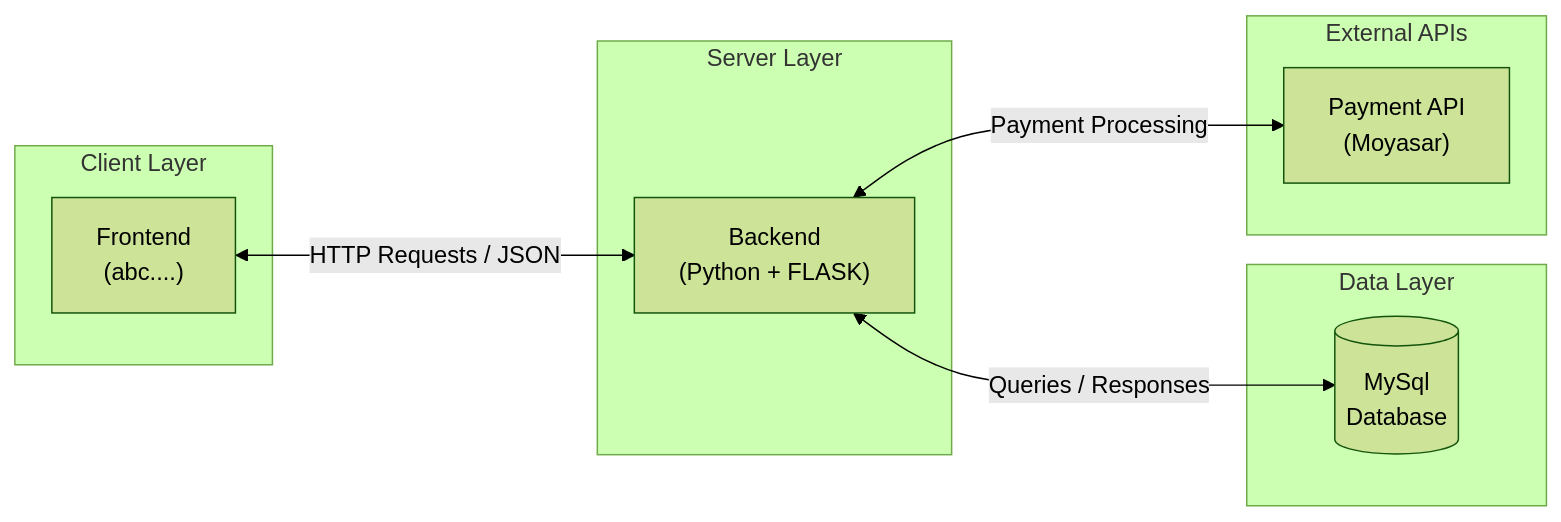
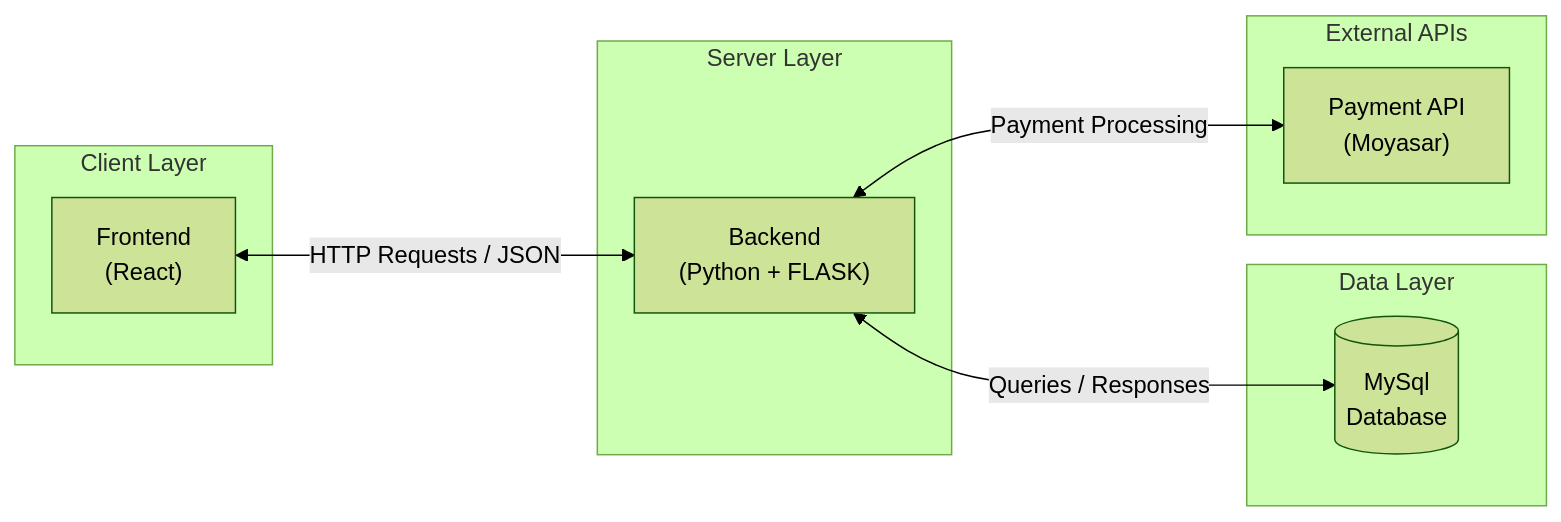
Before and after one commit to aziz5g-tech/holbertonschool-portfolio-project: the first of 2 diagrams in Stage 3/high-level architecture diagram .md, drawn with Mermaid (forest theme).

Commit message:
Update high-level architecture diagram .md

````diff
--- a/Stage 3/high-level architecture diagram .md
+++ b/Stage 3/high-level architecture diagram .md
@@ -4,22 +4,22 @@
 ```mermaid
 flowchart LR
     subgraph Client["Client Layer"]
-        FE["Frontend<br/>(abc....)"]
+        FE["Frontend<br/>(React)"]
     end
 
     subgraph Server["Server Layer"]
         BE["Backend<br/>(Python + FLASK)"]
     end
 
     subgraph Data["Data Layer"]
         DB[(MySql<br/>Database)]
     end
 
     subgraph External["External APIs"]
         MOYASAR["Payment API<br/>(Moyasar)"]
     end
 
     FE <-->|"HTTP Requests / JSON"| BE
     BE <-->|"Queries / Responses"| DB
     BE <-->|"Payment Processing"| MOYASAR
 ```
````
